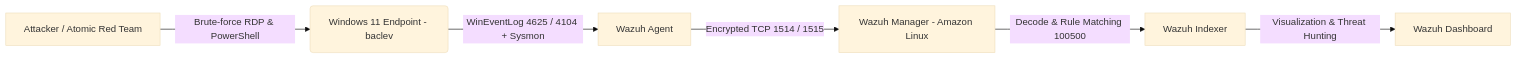
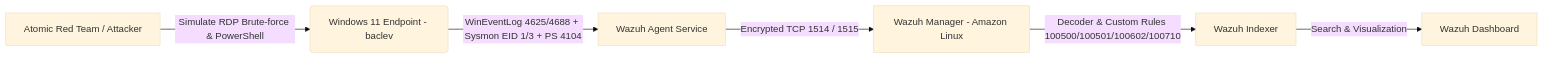
One commit to bac1234556/SOC-Home-Lab changed the diagram in README.md. Above: the diagram before and after it, drawn with Mermaid (base theme). The commit also changed other lines of this file and 6 other files, not shown here.

````diff
--- a/README.md
+++ b/README.md
@@ -23,8 +29,8 @@
 ```mermaid
 graph LR
-    A[Attacker / Atomic Red Team] -->|Brute-force RDP & PowerShell| B(Windows 11 Endpoint - baclev)
-    B -->|WinEventLog 4625 / 4104 + Sysmon| C[Wazuh Agent]
+    A[Atomic Red Team / Attacker] -->|Simulate RDP Brute-force & PowerShell| B(Windows 11 Endpoint - baclev)
+    B -->|WinEventLog 4625/4688 + Sysmon EID 1/3 + PS 4104| C[Wazuh Agent Service]
     C -->|Encrypted TCP 1514 / 1515| D[Wazuh Manager - Amazon Linux]
-    D -->|Decode & Rule Matching 100500| E[Wazuh Indexer]
-    E -->|Visualization & Threat Hunting| F[Wazuh Dashboard]
+    D -->|Decoder & Custom Rules 100500/100501/100602/100710| E[Wazuh Indexer]
+    E -->|Search & Visualization| F[Wazuh Dashboard]
 ```
````
